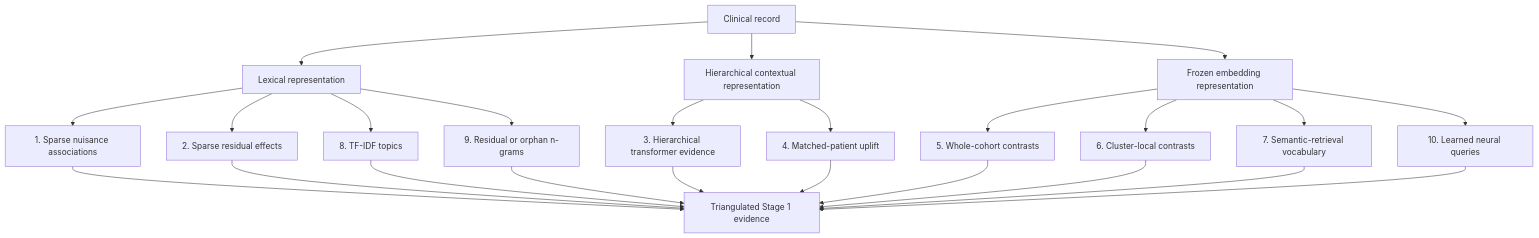
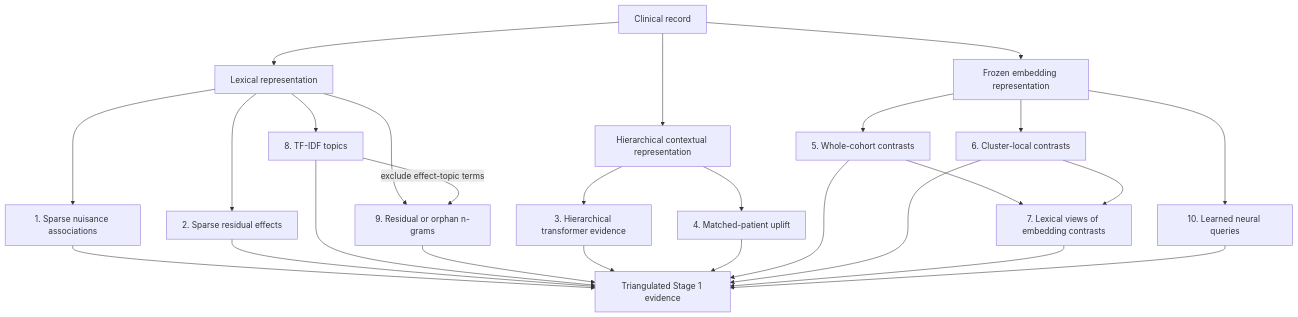
One commit to kenlkehl/causal-dragonnet-text changed the second of 3 diagrams in README.md. Above: the diagram before and after it, drawn with Mermaid. The commit also changed other lines of this file, not shown here.

````diff
--- a/README.md
+++ b/README.md
@@ -137,27 +137,29 @@
 ```mermaid
 flowchart TB
     T["Clinical record"]
     T --> L["Lexical representation"]
     T --> H["Hierarchical contextual representation"]
     T --> E["Frozen embedding representation"]
     L --> L1["1. Sparse nuisance associations"]
     L --> L2["2. Sparse residual effects"]
     L --> L3["8. TF-IDF topics"]
     L --> L4["9. Residual or orphan n-grams"]
     H --> H1["3. Hierarchical transformer evidence"]
     H --> M["4. Matched-patient uplift"]
     E --> E1["5. Whole-cohort contrasts"]
     E --> E2["6. Cluster-local contrasts"]
-    E --> E3["7. Semantic-retrieval vocabulary"]
+    E1 --> E3["7. Lexical views of embedding contrasts"]
+    E2 --> E3
     E --> E4["10. Learned neural queries"]
+    L3 -->|"exclude effect-topic terms"| L4
     L1 --> Z["Triangulated Stage 1 evidence"]
     L2 --> Z
     L3 --> Z
     L4 --> Z
     H1 --> Z
     M --> Z
     E1 --> Z
     E2 --> Z
     E3 --> Z
     E4 --> Z
 ```
````
